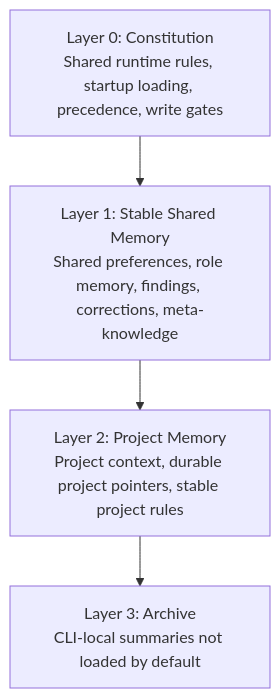
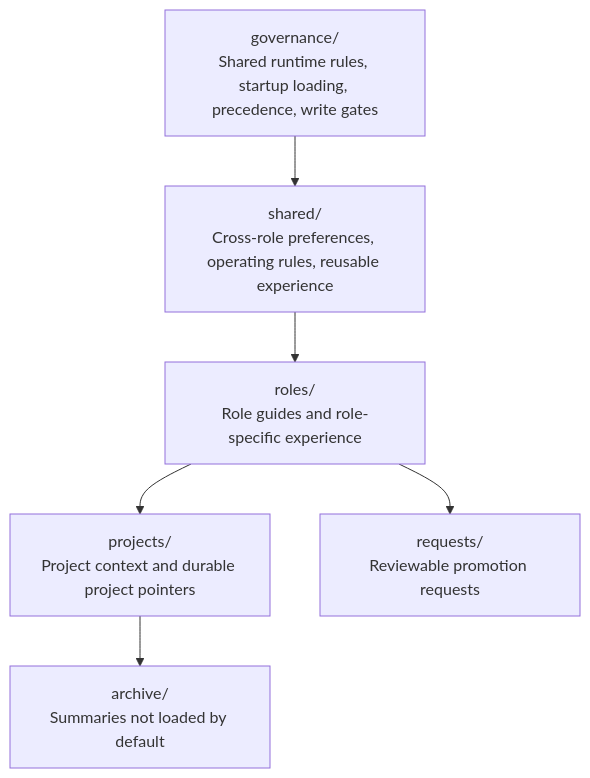
One commit to PHLens/pamem changed the first of 2 diagrams in DESIGN.md. Above: the diagram before and after it, drawn with Mermaid. The commit also changed other lines of this file and 28 other files, not shown here.

Commit message:
Refactor shared memory paths

````diff
--- a/DESIGN.md
+++ b/DESIGN.md
@@ -15,11 +10,15 @@
 ```mermaid
 flowchart TD
-    L0["Layer 0: Constitution<br/>Shared runtime rules, startup loading, precedence, write gates"]
-    L1["Layer 1: Stable Shared Memory<br/>Shared preferences, role memory, findings, corrections, meta-knowledge"]
-    L2["Layer 2: Project Memory<br/>Project context, durable project pointers, stable project rules"]
-    L3["Layer 3: Archive<br/>CLI-local summaries not loaded by default"]
+    G["governance/<br/>Shared runtime rules, startup loading, precedence, write gates"]
+    S["shared/<br/>Cross-role preferences, operating rules, reusable experience"]
+    R["roles/<br/>Role guides and role-specific experience"]
+    P["projects/<br/>Project context and durable project pointers"]
+    A["archive/<br/>Summaries not loaded by default"]
+    Q["requests/<br/>Reviewable promotion requests"]
 
-    L0 --> L1
-    L1 --> L2
-    L2 --> L3
+    G --> S
+    S --> R
+    R --> P
+    P --> A
+    R --> Q
 ```
````
